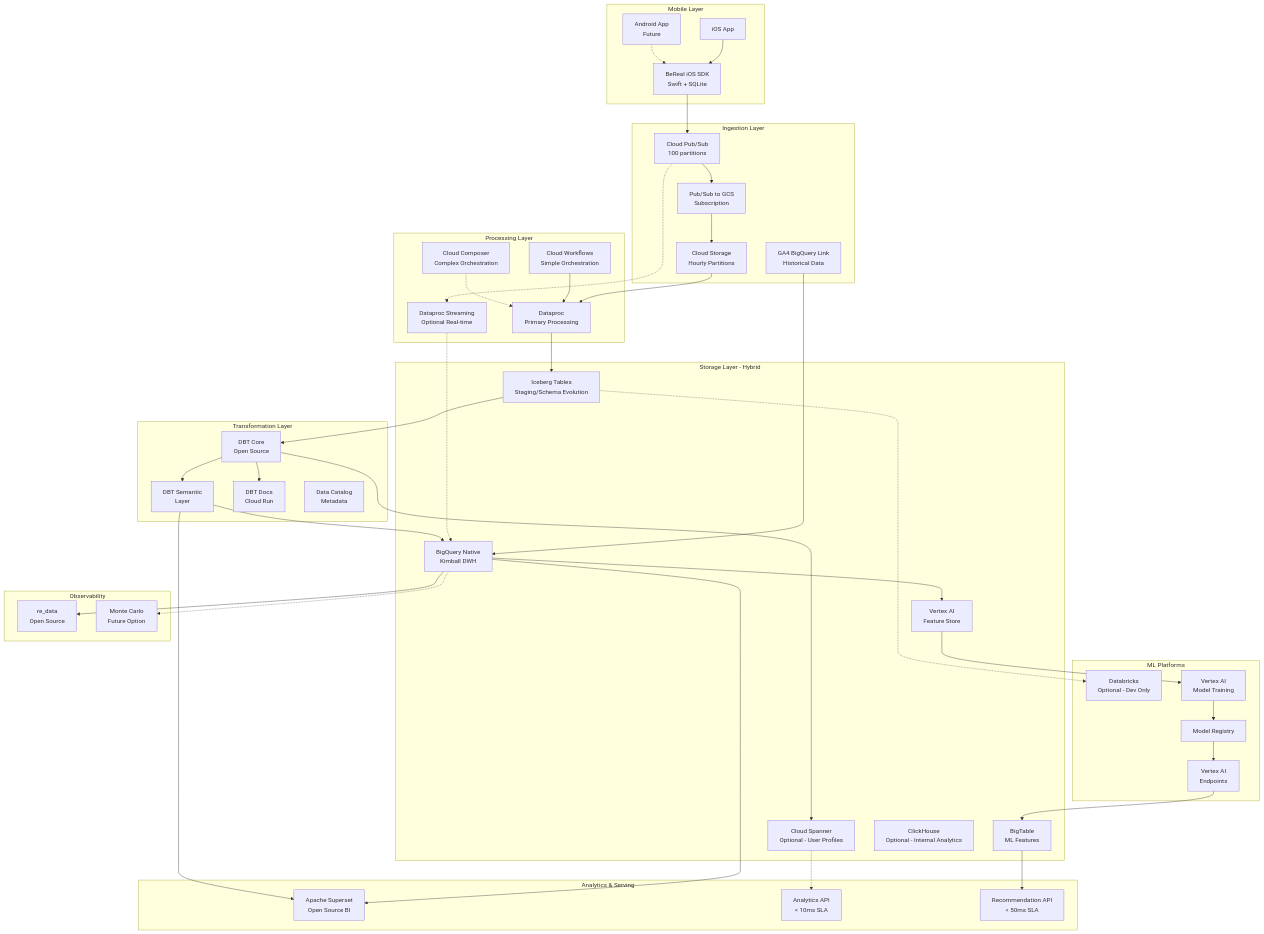
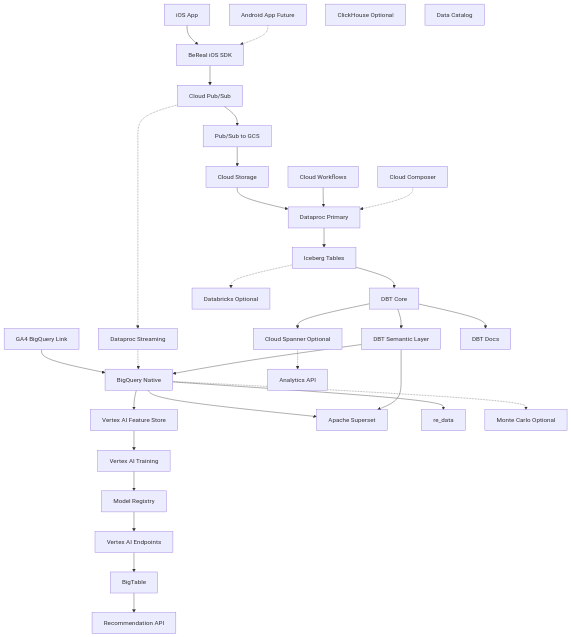
One commit to sitelight/jean-notes changed the second of 18 diagrams in ARCHITECTURE.md. Above: the diagram before and after it, drawn with Mermaid. The commit also changed other lines of this file, not shown here.

````diff
--- a/ARCHITECTURE.md
+++ b/ARCHITECTURE.md
@@ -82,58 +82,35 @@
 ```mermaid
 graph TB
-    subgraph "Mobile Layer"
-        SDK[BeReal iOS SDK<br/>Swift + SQLite]
-        iOS[iOS App]
-        Android[Android App<br/>Future]
-    end
-    
-    subgraph "Ingestion Layer"
-        PS[Cloud Pub/Sub<br/>100 partitions]
-        PSS[Pub/Sub to GCS<br/>Subscription]
-        CS[Cloud Storage<br/>Hourly Partitions]
-        GA4[GA4 BigQuery Link<br/>Historical Data]
-    end
-    
-    subgraph "Processing Layer"
-        DP[Dataproc<br/>Primary Processing]
-        DPS[Dataproc Streaming<br/>Optional Real-time]
-        WF[Cloud Workflows<br/>Simple Orchestration]
-        COMP[Cloud Composer<br/>Complex Orchestration]
-    end
-    
-    subgraph "Storage Layer - Hybrid"
-        ICE[Iceberg Tables<br/>Staging/Schema Evolution]
-        BQ[BigQuery Native<br/>Kimball DWH]
-        SP[Cloud Spanner<br/>Optional - User Profiles]
-        BT[BigTable<br/>ML Features]
-        CH[ClickHouse<br/>Optional - Internal Analytics]
-        FS[Vertex AI<br/>Feature Store]
-    end
-    
-    subgraph "Transformation Layer"
-        DBTC[DBT Core<br/>Open Source]
-        DBTSL[DBT Semantic<br/>Layer]
-        DBTD[DBT Docs<br/>Cloud Run]
-        DC[Data Catalog<br/>Metadata]
-    end
-    
-    subgraph "ML Platforms"
-        DB[Databricks<br/>Optional - Dev Only]
-        VAI[Vertex AI<br/>Model Training]
-        VAR[Model Registry]
-        VAE[Vertex AI<br/>Endpoints]
-    end
-    
-    subgraph "Analytics & Serving"
-        SUP[Apache Superset<br/>Open Source BI]
-        API[Analytics API<br/>< 10ms SLA]
-        REC[Recommendation API<br/>< 50ms SLA]
-    end
-    
-    subgraph "Observability"
-        RD[re_data<br/>Open Source]
-        MC[Monte Carlo<br/>Future Option]
-    end
+    SDK[BeReal iOS SDK]
+    iOS[iOS App]
+    Android[Android App Future]
+    PS[Cloud Pub/Sub]
+    PSS[Pub/Sub to GCS]
+    CS[Cloud Storage]
+    GA4[GA4 BigQuery Link]
+    DP[Dataproc Primary]
+    DPS[Dataproc Streaming]
+    WF[Cloud Workflows]
+    COMP[Cloud Composer]
+    ICE[Iceberg Tables]
+    BQ[BigQuery Native]
+    SP[Cloud Spanner Optional]
+    BT[BigTable]
+    CH[ClickHouse Optional]
+    FS[Vertex AI Feature Store]
+    DBTC[DBT Core]
+    DBTSL[DBT Semantic Layer]
+    DBTD[DBT Docs]
+    DC[Data Catalog]
+    DB[Databricks Optional]
+    VAI[Vertex AI Training]
+    VAR[Model Registry]
+    VAE[Vertex AI Endpoints]
+    SUP[Apache Superset]
+    API[Analytics API]
+    REC[Recommendation API]
+    RD[re_data]
+    MC[Monte Carlo Optional]
     
     iOS --> SDK
     Android -.-> SDK
````
